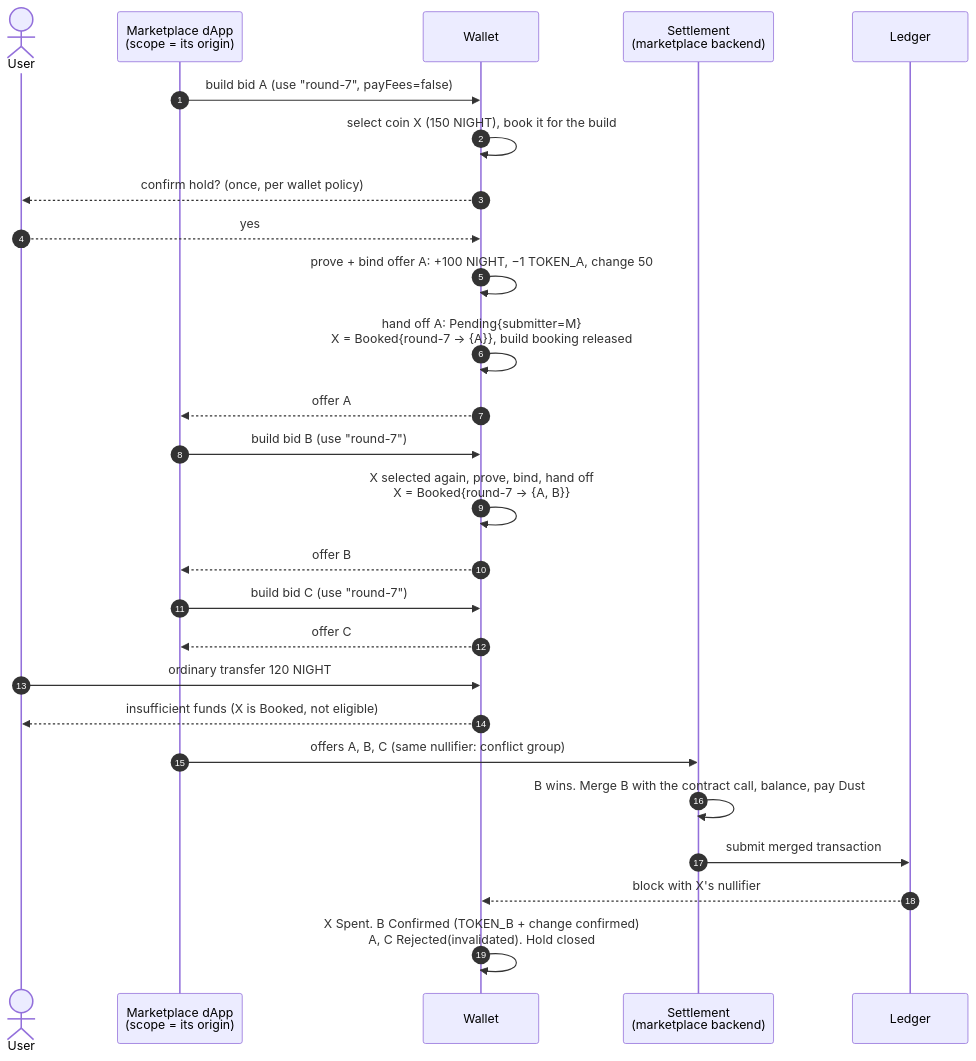
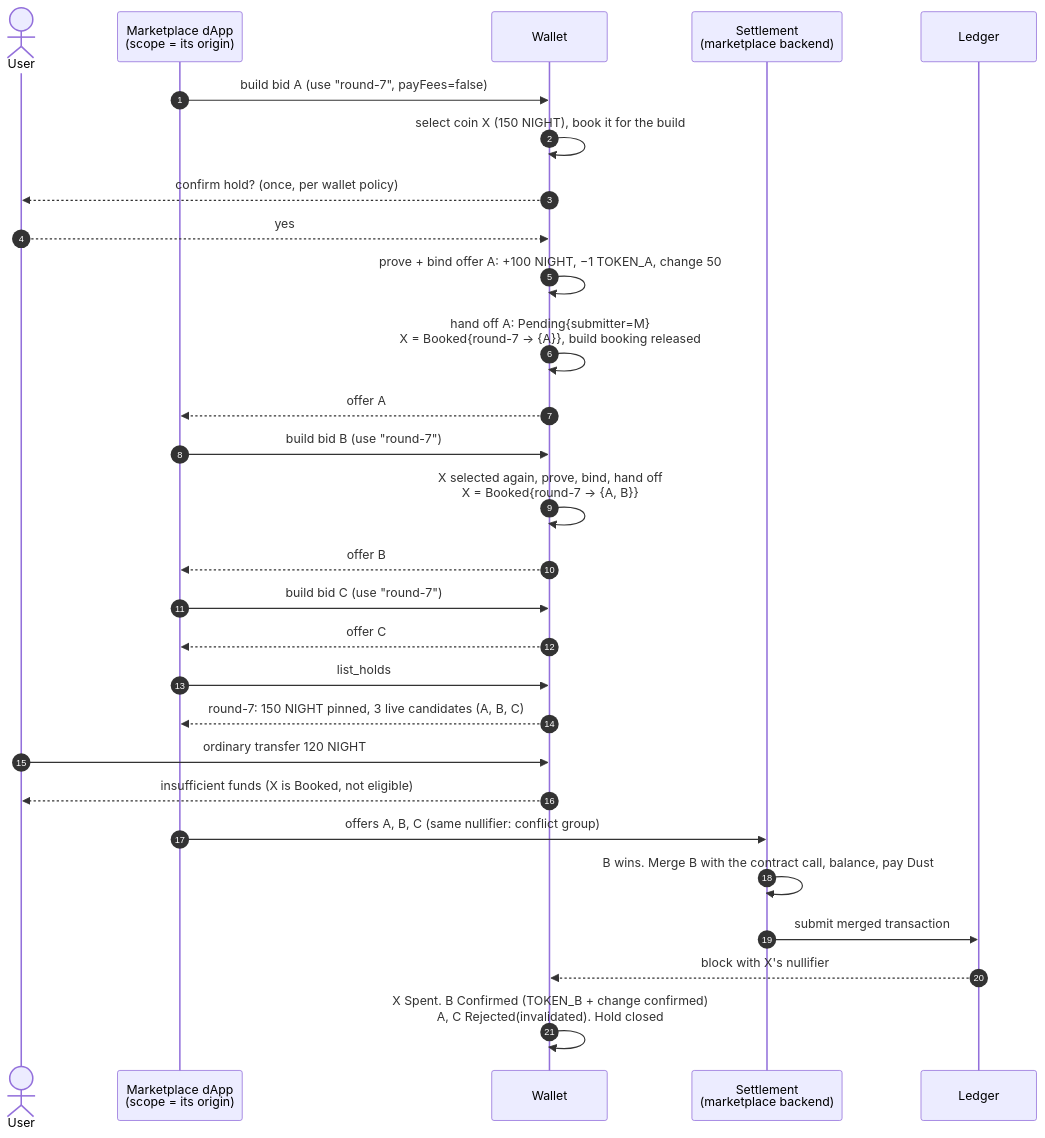
One commit to acedward/midnight-utxo-pinning changed the second of 4 diagrams in README.md. Above: the diagram before and after it, drawn with Mermaid. The commit also changed other lines of this file and 11 other files, not shown here.

Commit message:
Problem statement (A)-(D); list_holds lets a dApp report its own pinned coins

````diff
--- a/README.md
+++ b/README.md
@@ -160,32 +169,34 @@
 ```mermaid
 sequenceDiagram
     autonumber
     actor U as User
     participant M as Marketplace dApp<br/>(scope = its origin)
     participant W as Wallet
     participant S as Settlement<br/>(marketplace backend)
     participant L as Ledger
 
     M->>W: build bid A (use "round-7", payFees=false)
     W->>W: select coin X (150 NIGHT), book it for the build
     W-->>U: confirm hold? (once, per wallet policy)
     U-->>W: yes
     W->>W: prove + bind offer A: +100 NIGHT, −1 TOKEN_A, change 50
     W->>W: hand off A: Pending{submitter=M}<br/>X = Booked{round-7 → {A}}, build booking released
     W-->>M: offer A
 
     M->>W: build bid B (use "round-7")
     W->>W: X selected again, prove, bind, hand off<br/>X = Booked{round-7 → {A, B}}
     W-->>M: offer B
     M->>W: build bid C (use "round-7")
     W-->>M: offer C
+    M->>W: list_holds
+    W-->>M: round-7: 150 NIGHT pinned, 3 live candidates (A, B, C)
 
     U->>W: ordinary transfer 120 NIGHT
     W-->>U: insufficient funds (X is Booked, not eligible)
 
     M->>S: offers A, B, C (same nullifier: conflict group)
     S->>S: B wins. Merge B with the contract call, balance, pay Dust
     S->>L: submit merged transaction
     L-->>W: block with X's nullifier
     W->>W: X Spent. B Confirmed (TOKEN_B + change confirmed)<br/>A, C Rejected(invalidated). Hold closed
 ```
````
